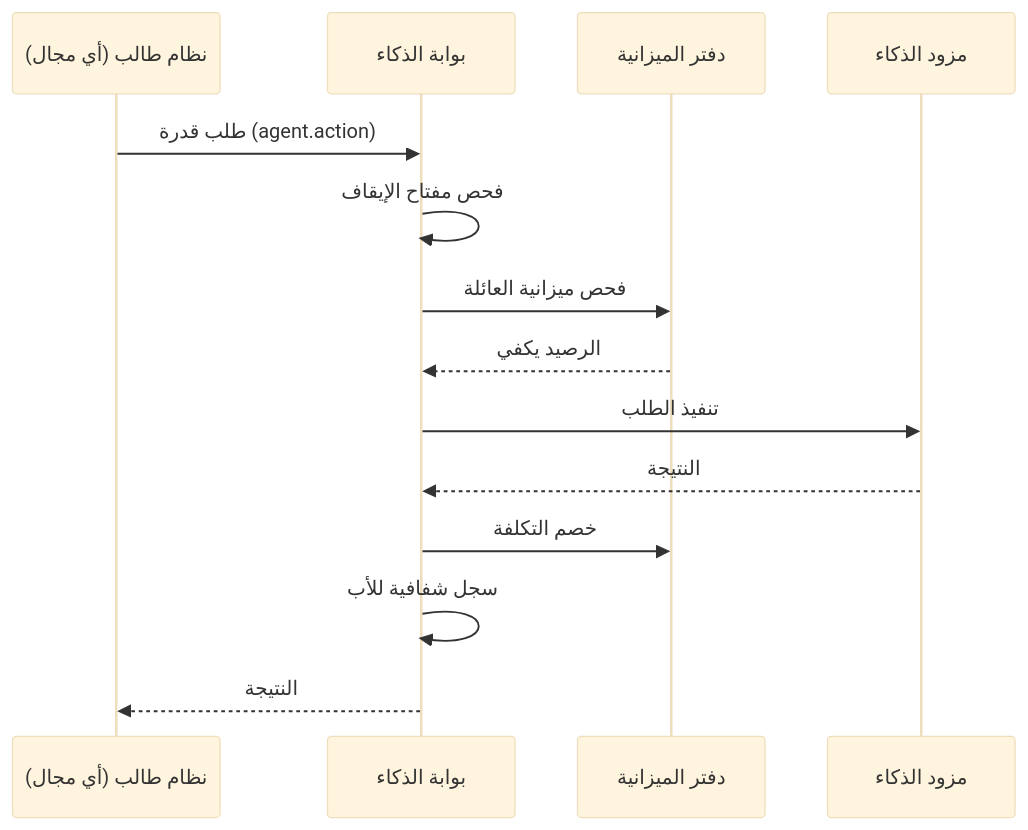
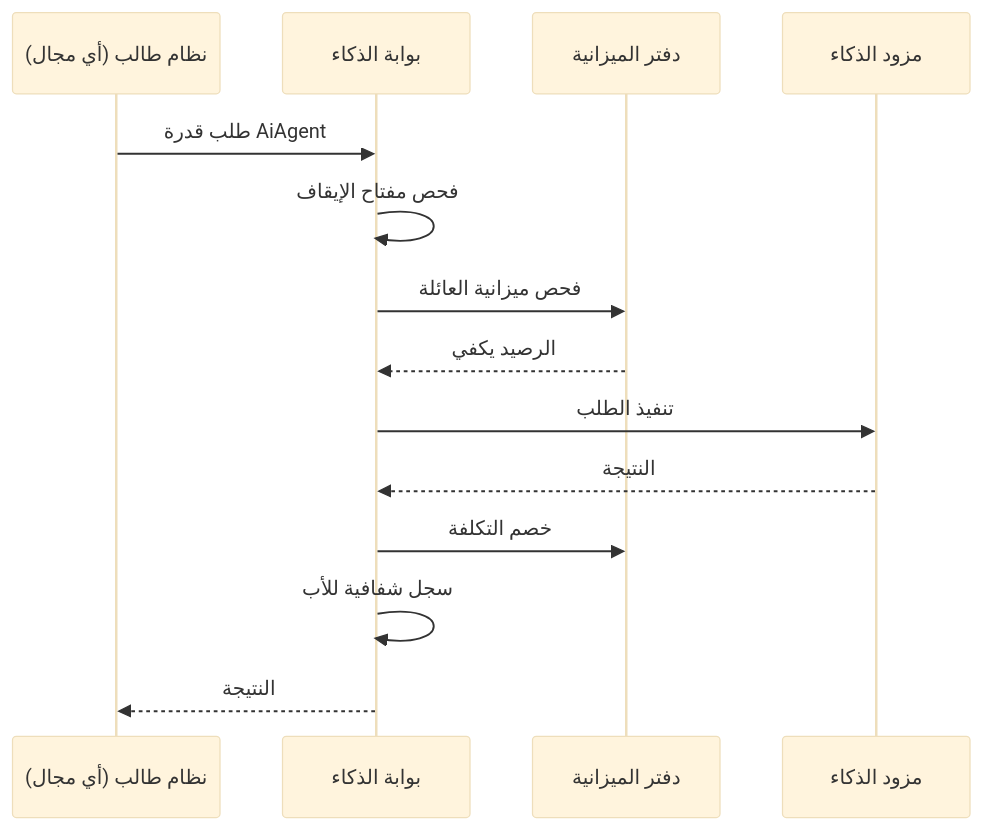
One commit to Bassam-mohammed-alqaeadi/family-os-v2 changed the eighth of 9 diagrams in docs/family-os/governance/architecture/ARCHITECTURE.md. Above: the diagram before and after it, drawn with Mermaid (base theme). The commit also changed other lines of this file and 11 other files, not shown here.

````diff
--- a/docs/family-os/governance/architecture/ARCHITECTURE.md
+++ b/docs/family-os/governance/architecture/ARCHITECTURE.md
@@ -291,16 +303,16 @@
 ```mermaid
 sequenceDiagram
     participant S as نظام طالب (أي مجال)
     participant G as بوابة الذكاء
     participant B as دفتر الميزانية
     participant V as مزود الذكاء
-    S->>G: طلب قدرة (agent.action)
+    S->>G: طلب قدرة AiAgent
     G->>G: فحص مفتاح الإيقاف
     G->>B: فحص ميزانية العائلة
     B-->>G: الرصيد يكفي
     G->>V: تنفيذ الطلب
     V-->>G: النتيجة
     G->>B: خصم التكلفة
     G->>G: سجل شفافية للأب
     G-->>S: النتيجة
 ```
````
